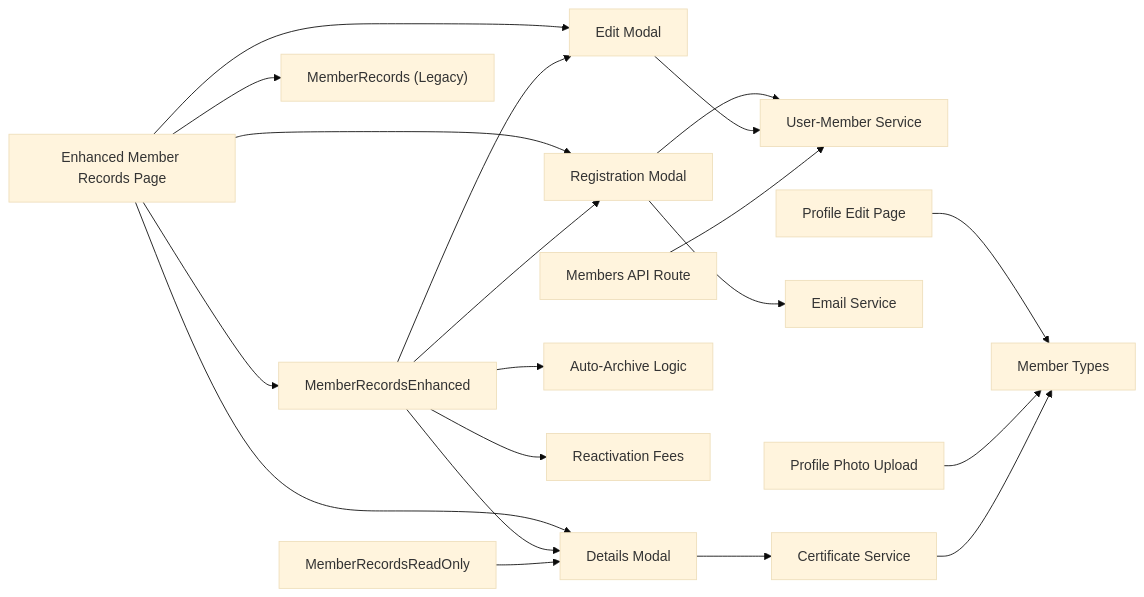
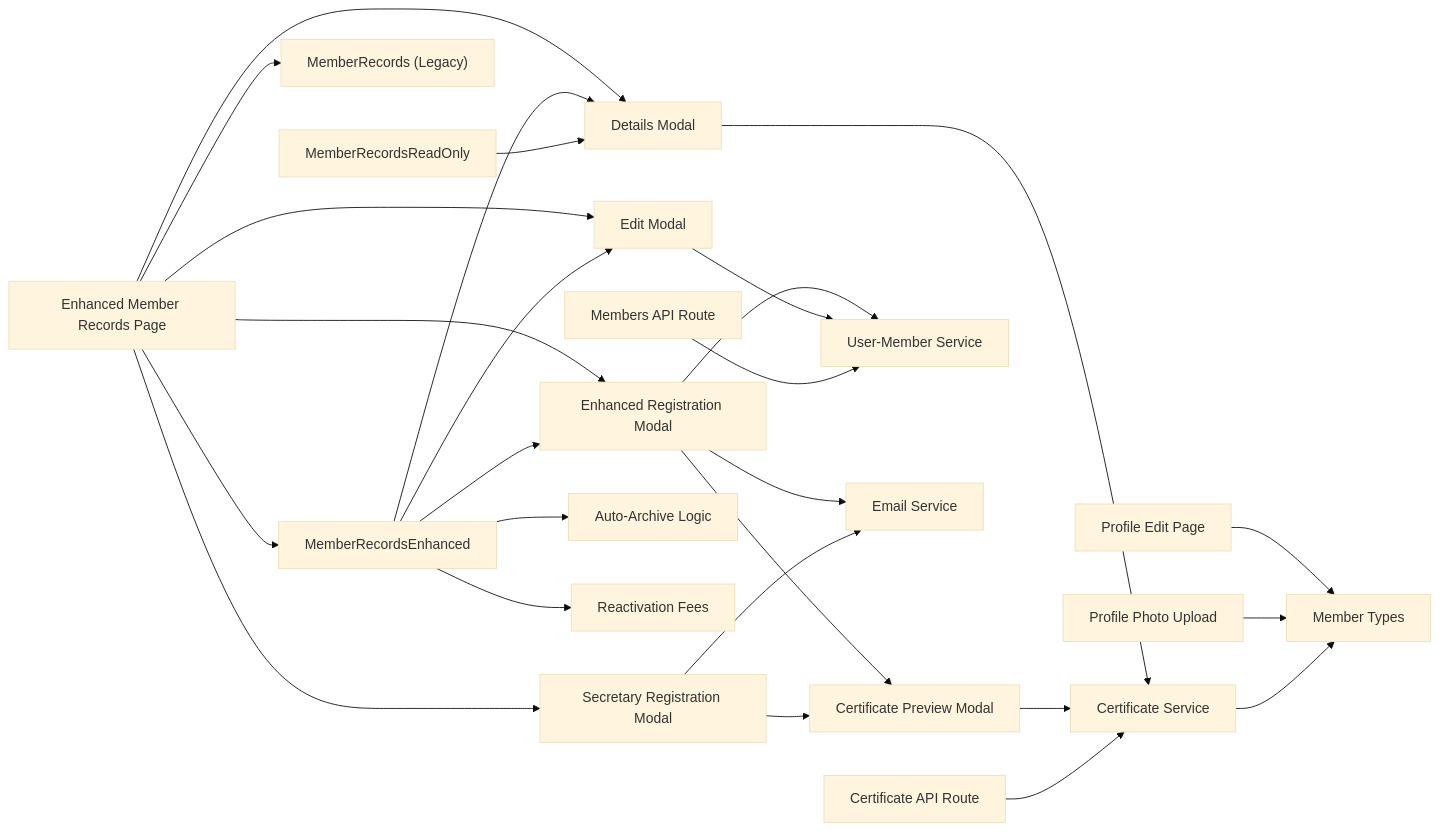
One commit to Unsure-bry/sampacoop_system changed the ninth of 9 diagrams in .qoder/repowiki/en/content/Member Management System/Member Management System.md. Above: the diagram before and after it, drawn with Mermaid (base theme). The commit also changed other lines of this file and 24 other files, not shown here.

````diff
--- a/.qoder/repowiki/en/content/Member Management System/Member Management System.md
+++ b/.qoder/repowiki/en/content/Member Management System/Member Management System.md
@@ -594,22 +700,28 @@
 ```mermaid
 graph LR
 MR["Enhanced Member Records Page"] --> MR3["MemberRecordsEnhanced"]
 MR --> MR2["MemberRecords (Legacy)"]
-MR --> RM["Registration Modal"]
+MR --> RM["Enhanced Registration Modal"]
+MR --> SM["Secretary Registration Modal"]
 MR --> EM["Edit Modal"]
 MR --> DM["Details Modal"]
 MR3 --> RM
 MR3 --> EM
 MR3 --> DM
 MR3 --> AutoArchive["Auto-Archive Logic"]
 MR3 --> Reactivation["Reactivation Fees"]
 MR4["MemberRecordsReadOnly"] --> DM
+RM --> CPM["Certificate Preview Modal"]
+SM --> CPM
 RM --> UMS["User-Member Service"]
 EM --> UMS
 DM --> CS["Certificate Service"]
+CPM --> CS
 RM --> ES["Email Service"]
+SM --> ES
 PE["Profile Edit Page"] --> MT["Member Types"]
 PP["Profile Photo Upload"] --> MT
 API["Members API Route"] --> UMS
+CERTAPI["Certificate API Route"] --> CS
 CS --> MT
 ```
````
